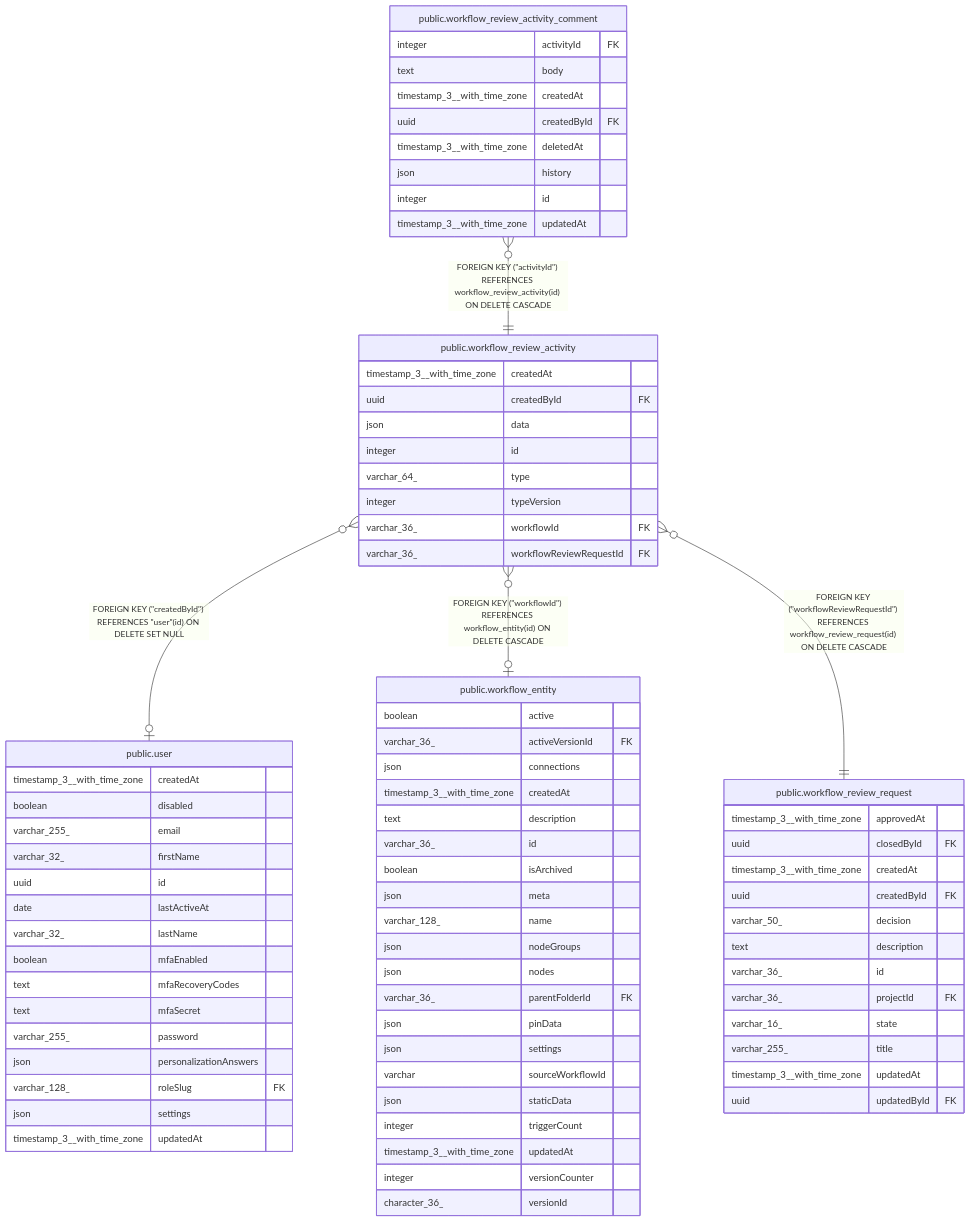
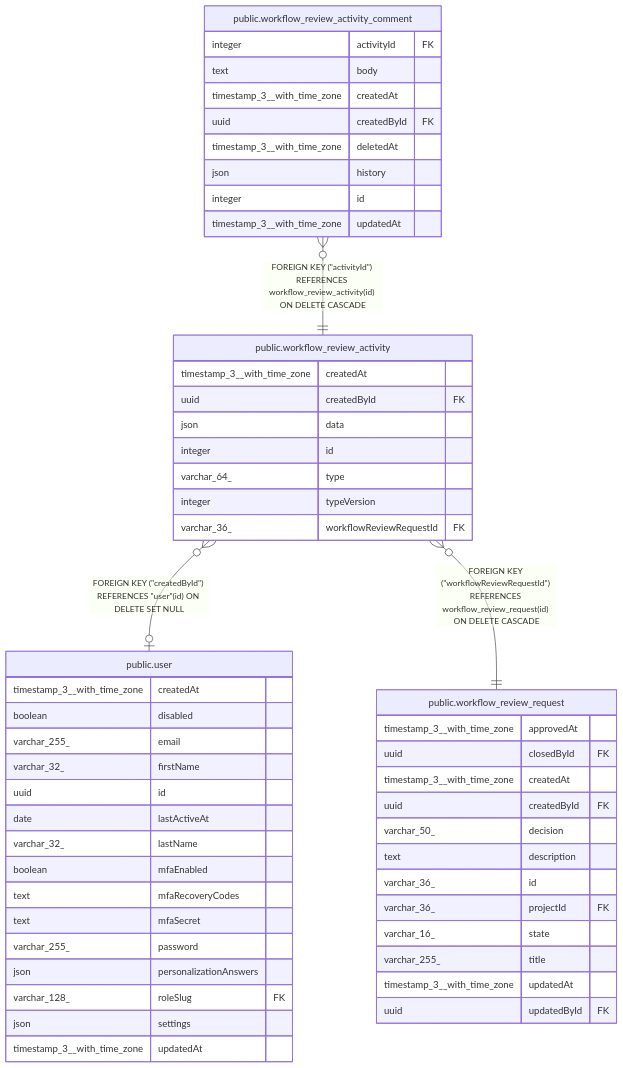
One commit to welcomelwd/every-skill changed the diagram in mcp/servers/n8n/docs/generated/postgres-schema/public.workflow_review_activity.md. Above: the diagram before and after it, drawn with Mermaid. The commit also changed other lines of this file and 5604 other files, not shown here.

````diff
--- a/mcp/servers/n8n/docs/generated/postgres-schema/public.workflow_review_activity.md
+++ b/mcp/servers/n8n/docs/generated/postgres-schema/public.workflow_review_activity.md
@@ -40,82 +37,58 @@
 ```mermaid
 erDiagram
 
 "public.workflow_review_activity" }o--o| "public.user" : "FOREIGN KEY (#quot;createdById#quot;) REFERENCES #quot;user#quot;(id) ON DELETE SET NULL"
 "public.workflow_review_activity_comment" }o--|| "public.workflow_review_activity" : "FOREIGN KEY (#quot;activityId#quot;) REFERENCES workflow_review_activity(id) ON DELETE CASCADE"
-"public.workflow_review_activity" }o--o| "public.workflow_entity" : "FOREIGN KEY (#quot;workflowId#quot;) REFERENCES workflow_entity(id) ON DELETE CASCADE"
 "public.workflow_review_activity" }o--|| "public.workflow_review_request" : "FOREIGN KEY (#quot;workflowReviewRequestId#quot;) REFERENCES workflow_review_request(id) ON DELETE CASCADE"
 
 "public.workflow_review_activity" {
   timestamp_3__with_time_zone createdAt
   uuid createdById FK
   json data
   integer id
   varchar_64_ type
   integer typeVersion
-  varchar_36_ workflowId FK
   varchar_36_ workflowReviewRequestId FK
 }
 "public.user" {
   timestamp_3__with_time_zone createdAt
   boolean disabled
   varchar_255_ email
   varchar_32_ firstName
   uuid id
   date lastActiveAt
   varchar_32_ lastName
   boolean mfaEnabled
   text mfaRecoveryCodes
   text mfaSecret
   varchar_255_ password
   json personalizationAnswers
   varchar_128_ roleSlug FK
   json settings
   timestamp_3__with_time_zone updatedAt
 }
 "public.workflow_review_activity_comment" {
   integer activityId FK
   text body
   timestamp_3__with_time_zone createdAt
   uuid createdById FK
   timestamp_3__with_time_zone deletedAt
   json history
   integer id
   timestamp_3__with_time_zone updatedAt
 }
-"public.workflow_entity" {
-  boolean active
-  varchar_36_ activeVersionId FK
-  json connections
-  timestamp_3__with_time_zone createdAt
-  text description
-  varchar_36_ id
-  boolean isArchived
-  json meta
-  varchar_128_ name
-  json nodeGroups
-  json nodes
-  varchar_36_ parentFolderId FK
-  json pinData
-  json settings
-  varchar sourceWorkflowId
-  json staticData
-  integer triggerCount
-  timestamp_3__with_time_zone updatedAt
-  integer versionCounter
-  character_36_ versionId
-}
 "public.workflow_review_request" {
   timestamp_3__with_time_zone approvedAt
   uuid closedById FK
   timestamp_3__with_time_zone createdAt
   uuid createdById FK
   varchar_50_ decision
   text description
   varchar_36_ id
   varchar_36_ projectId FK
   varchar_16_ state
   varchar_255_ title
   timestamp_3__with_time_zone updatedAt
   uuid updatedById FK
 }
 ```
````
